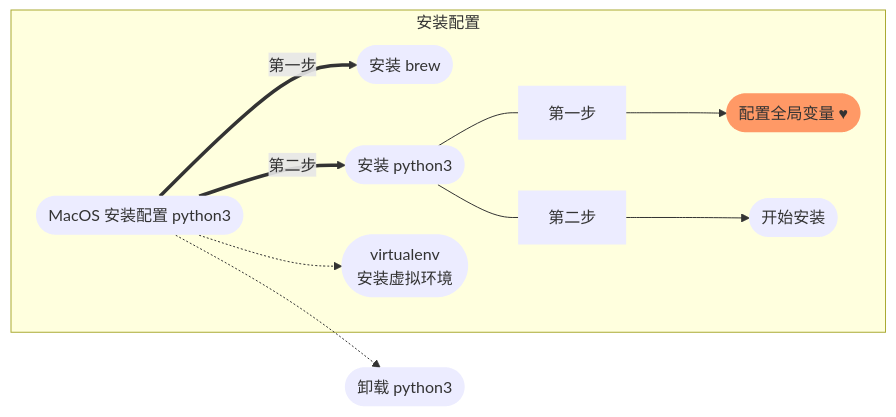
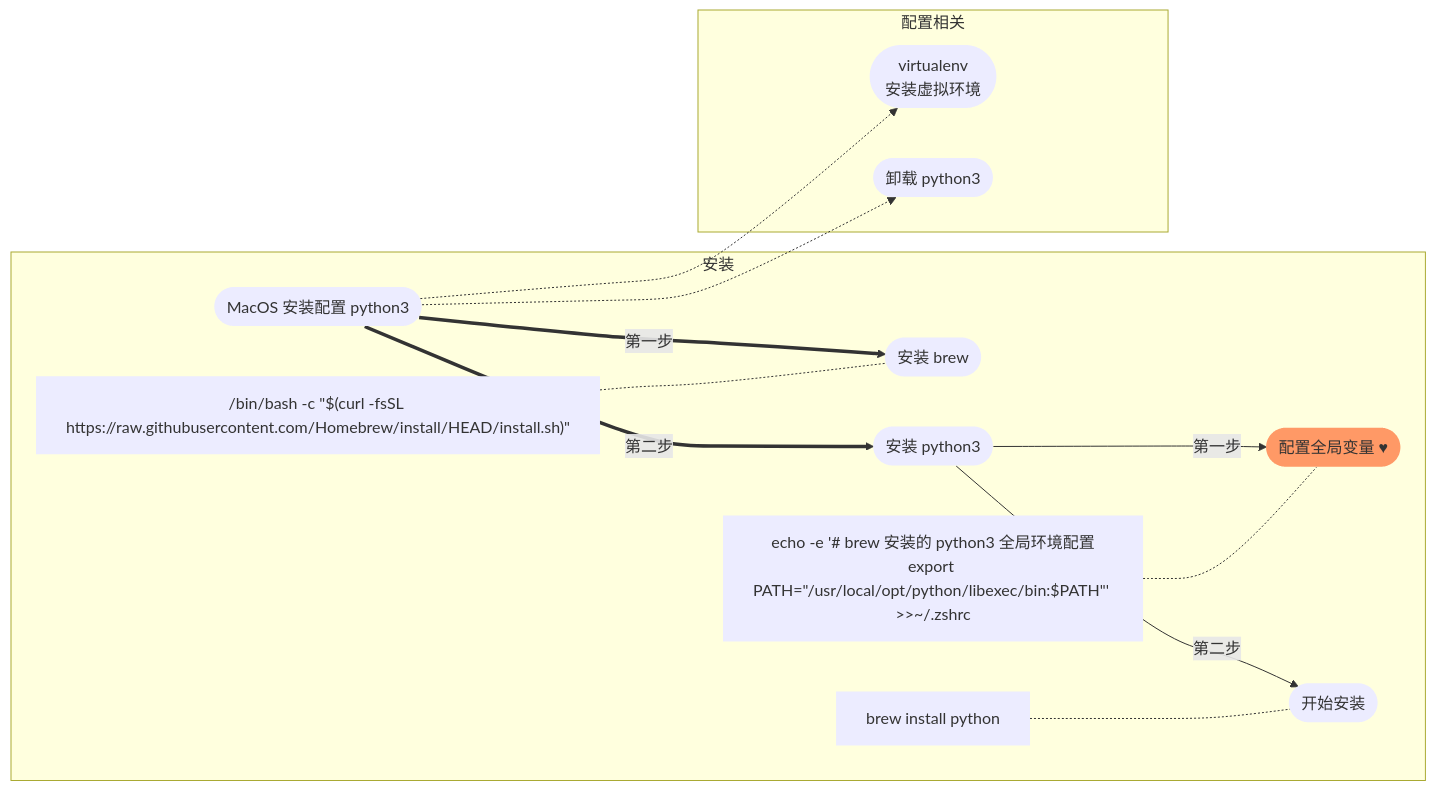
The diagram in MacOS安装配置python3.md (yangtudou/yangtudou), drawn with Mermaid before and after one commit.

````diff
--- a/MacOS安装配置python3.md
+++ b/MacOS安装配置python3.md
@@ -11,16 +11,25 @@
 ```mermaid
 flowchart LR
     %% 定义全局的样式
     classDef default stroke-width:0px;
     classDef important fill:#f96;
     %% 结束
+    
     A([MacOS 安装配置 python3])
-    subgraph 安装配置
+    subgraph 安装
     A == 第一步 ==> B([安装 brew])
     A == 第二步 ==> C([安装 python3])
-    C --- 第一步 --->C1(["配置全局变量 #9829;"]):::important
-    C --- 第二步 --->C2([开始安装])
+    C -- 第一步 -->C1(["配置全局变量 #9829;"]):::important
+    C -- 第二步 -->C2([开始安装])
+    B1["/bin/bash -c #quot;$(curl -fsSL https://raw.githubusercontent.com/Homebrew/install/HEAD/install.sh)#quot;"]
+    D1["echo -e #apos;#35; brew 安装的 python3 全局环境配置\nexport PATH=#quot;/usr/local/opt/python/libexec/bin:$PATH#quot;#apos; >>~/.zshrc"]
+    D2[brew install python]
+    B1 -.- B
+    D1 -.- C1
+    D2 -.- C2
+    end
+    subgraph 配置相关
     A -.-> D([" virtualenv\n安装虚拟环境"])
+    A -.-> E([卸载 python3])
     end
-    A -.-> E([卸载 python3])
 ```
````
